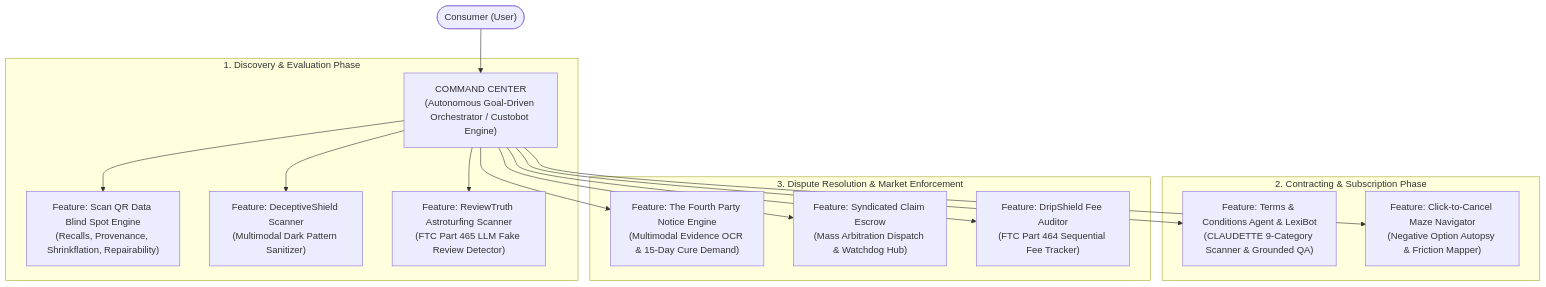
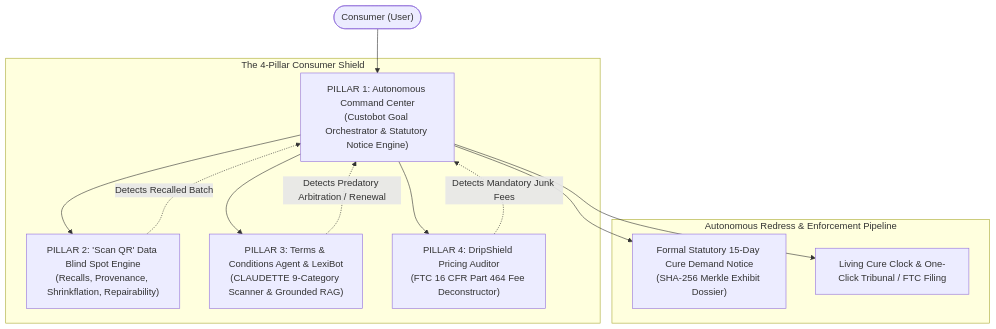
Before and after one commit to Akshit99999/Hackops-CR: the diagram in README.md, drawn with Mermaid. The commit also changed other lines of this file, not shown here.

Commit message:
docs: streamline and deepen specifications for the focused 4-pillar suite (Features 1, 2, 3, and 9)

````diff
--- a/README.md
+++ b/README.md
@@ -17,21 +10,18 @@
 ```mermaid
 flowchart TD
-    User(["Consumer (User)"]) --> CC["COMMAND CENTER\n(Autonomous Goal-Driven Orchestrator / Custobot Engine)"]
+    User(["Consumer (User)"]) --> CC["PILLAR 1: Autonomous Command Center\n(Custobot Goal Orchestrator & Statutory Notice Engine)"]
 
-    subgraph PrePurchase["1. Discovery & Evaluation Phase"]
-        CC --> F1["Feature: Scan QR Data Blind Spot Engine\n(Recalls, Provenance, Shrinkflation, Repairability)"]
-        CC --> F2["Feature: DeceptiveShield Scanner\n(Multimodal Dark Pattern Sanitizer)"]
-        CC --> F3["Feature: ReviewTruth Astroturfing Scanner\n(FTC Part 465 LLM Fake Review Detector)"]
+    subgraph ShoppingLifecycle["The 4-Pillar Consumer Shield"]
+        CC --> P2["PILLAR 2: 'Scan QR' Data Blind Spot Engine\n(Recalls, Provenance, Shrinkflation, Repairability)"]
+        CC --> P3["PILLAR 3: Terms & Conditions Agent & LexiBot\n(CLAUDETTE 9-Category Scanner & Grounded RAG)"]
+        CC --> P4["PILLAR 4: DripShield Pricing Auditor\n(FTC 16 CFR Part 464 Fee Deconstructor)"]
     end
 
-    subgraph Contracting["2. Contracting & Subscription Phase"]
-        CC --> F4["Feature: Terms & Conditions Agent & LexiBot\n(CLAUDETTE 9-Category Scanner & Grounded QA)"]
-        CC --> F5["Feature: Click-to-Cancel Maze Navigator\n(Negative Option Autopsy & Friction Mapper)"]
-    end
-
-    subgraph PostPurchase["3. Dispute Resolution & Market Enforcement"]
-        CC --> F6["Feature: The Fourth Party Notice Engine\n(Multimodal Evidence OCR & 15-Day Cure Demand)"]
-        CC --> F7["Feature: Syndicated Claim Escrow\n(Mass Arbitration Dispatch & Watchdog Hub)"]
-        CC --> F8["Feature: DripShield Fee Auditor\n(FTC Part 464 Sequential Fee Tracker)"]
+    subgraph RedressPipeline["Autonomous Redress & Enforcement Pipeline"]
+        P2 -.->|Detects Recalled Batch| CC
+        P3 -.->|Detects Predatory Arbitration / Renewal| CC
+        P4 -.->|Detects Mandatory Junk Fees| CC
+        CC --> Notice["Formal Statutory 15-Day Cure Demand Notice\n(SHA-256 Merkle Exhibit Dossier)"]
+        CC --> Escalate["Living Cure Clock & One-Click Tribunal / FTC Filing"]
     end
 ```
````
